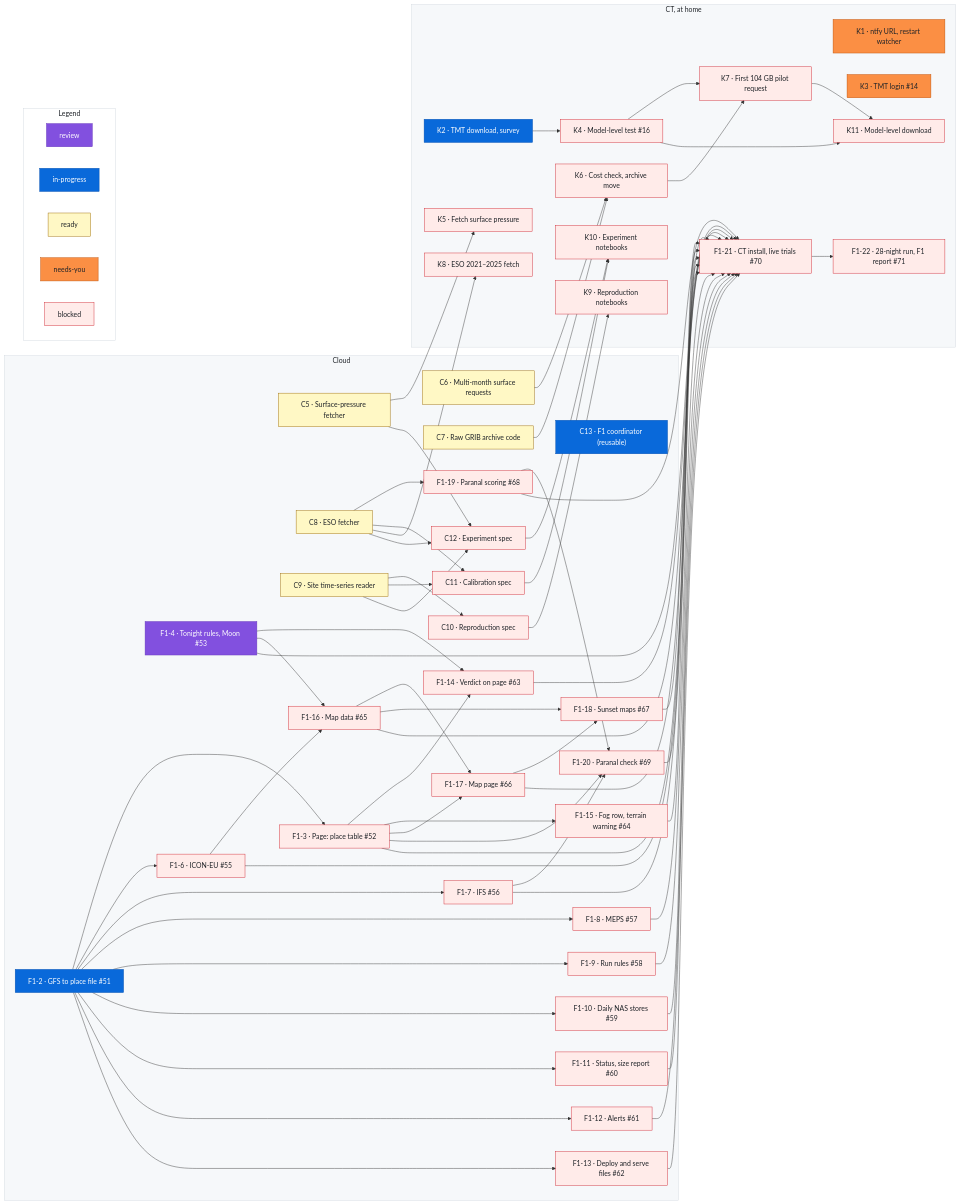
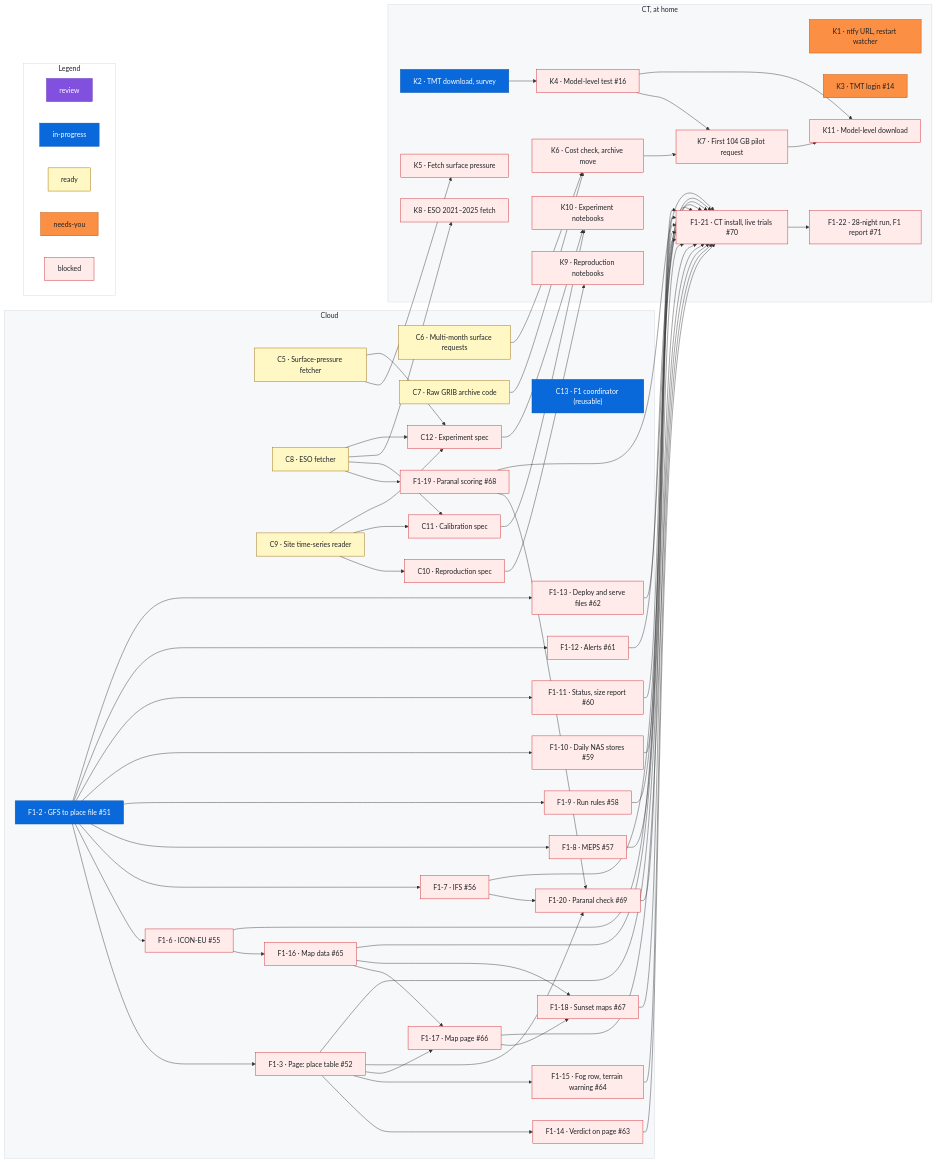
One commit to rrweller/Astro-seeing changed the diagram in docs/roadmap.md. Above: the diagram before and after it, drawn with Mermaid. The commit also changed other lines of this file, not shown here.

Commit message:
roadmap: remove F1-4 (#76 merged)

```diff
--- a/docs/roadmap.md
+++ b/docs/roadmap.md
@@ -116,7 +114,6 @@
     C13["C13 · F1 coordinator (reusable)"]
     F1_2["F1-2 · GFS to place file #51"]
     F1_3["F1-3 · Page: place table #52"]
-    F1_4["F1-4 · Tonight rules, Moon #53"]
     F1_6["F1-6 · ICON-EU #55"]
     F1_7["F1-7 · IFS #56"]
     F1_8["F1-8 · MEPS #57"]
@@ -158,9 +155,7 @@
   F1_2 --> F1_12
   F1_2 --> F1_13
   F1_3 --> F1_14
-  F1_4 --> F1_14
   F1_3 --> F1_15
-  F1_4 --> F1_16
   F1_6 --> F1_16
   F1_3 --> F1_17
   F1_16 --> F1_17
@@ -171,7 +166,6 @@
   F1_7 --> F1_20
   F1_19 --> F1_20
   F1_3 --> F1_21
-  F1_4 --> F1_21
   F1_6 --> F1_21
   F1_7 --> F1_21
   F1_8 --> F1_21
@@ -243,8 +237,6 @@
   %% ---
   class F1_3 blocked
   %% ---
-  class F1_4 review
-  %% ---
   class F1_6 blocked
   %% ---
   class F1_7 blocked
```
